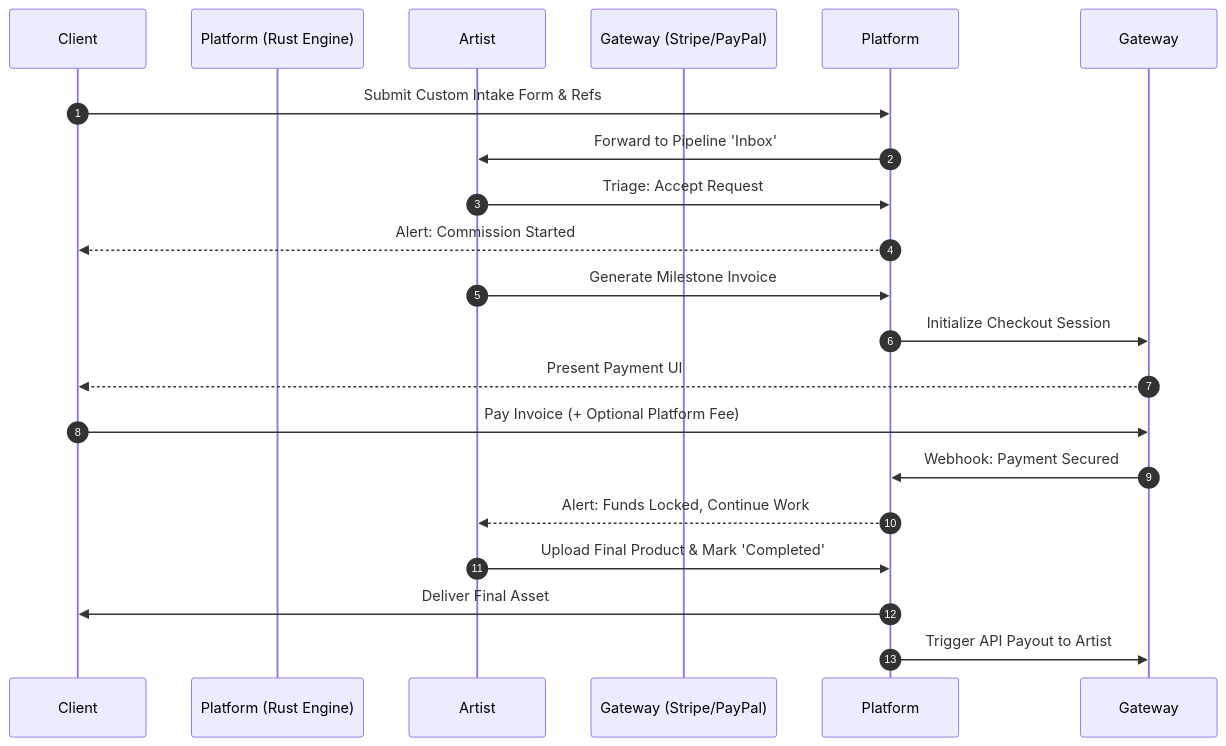
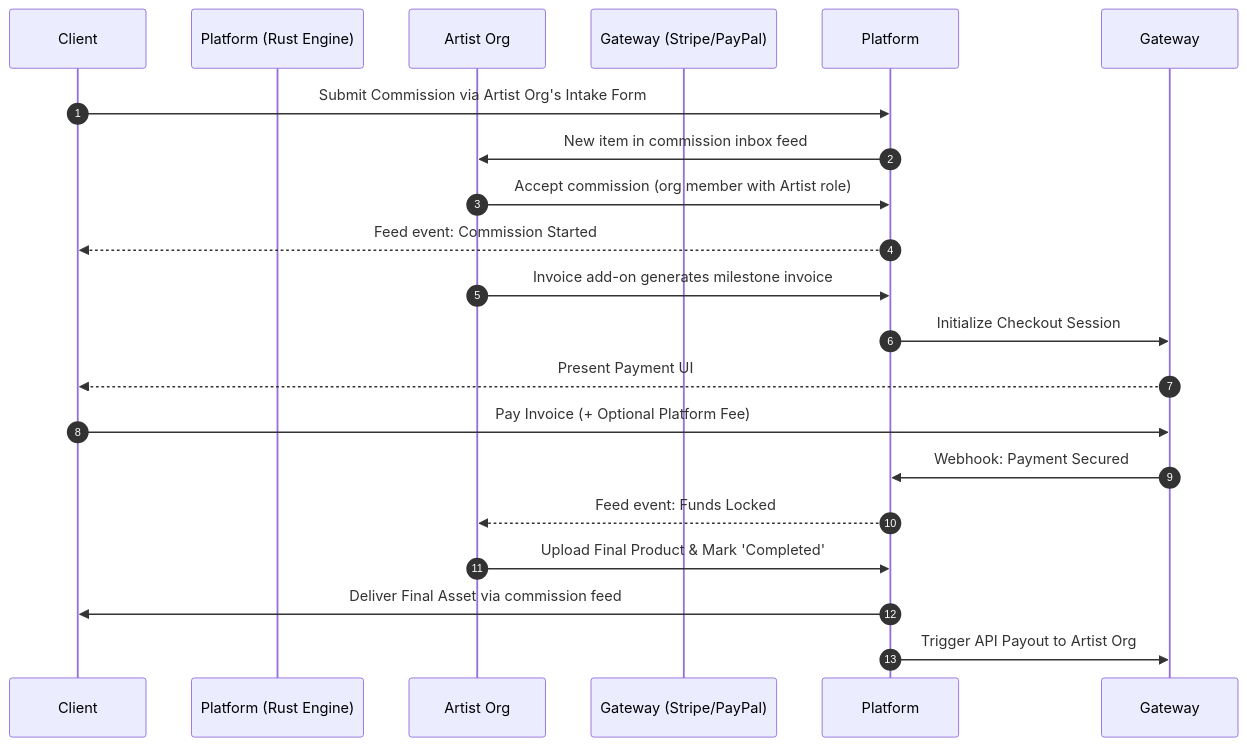
The seventh of 10 diagrams in design/design_document.md (ProgrammingCheetah/ZurFur), drawn with Mermaid before and after one commit. The commit also changed other lines of this file and 13 other files, not shown here.

First line of the commit message:
docs: revise design document and all feature specs for v2 architecture

````diff
--- a/design/design_document.md
+++ b/design/design_document.md
@@ -175,26 +470,26 @@
 ```mermaid
 sequenceDiagram
     autonumber
     participant Client
     participant Platform (Rust Engine)
-    participant Artist
+    participant Artist Org
     participant Gateway (Stripe/PayPal)
 
-    Client->>Platform: Submit Custom Intake Form & Refs
-    Platform->>Artist: Forward to Pipeline 'Inbox'
+    Client->>Platform: Submit Commission via Artist Org's Intake Form
+    Platform->>Artist Org: New item in commission inbox feed
 
-    Artist->>Platform: Triage: Accept Request
-    Platform-->>Client: Alert: Commission Started
+    Artist Org->>Platform: Accept commission (org member with Artist role)
+    Platform-->>Client: Feed event: Commission Started
 
-    Artist->>Platform: Generate Milestone Invoice
+    Artist Org->>Platform: Invoice add-on generates milestone invoice
     Platform->>Gateway: Initialize Checkout Session
     Gateway-->>Client: Present Payment UI
 
     Client->>Gateway: Pay Invoice (+ Optional Platform Fee)
     Gateway->>Platform: Webhook: Payment Secured
-    Platform-->>Artist: Alert: Funds Locked, Continue Work
+    Platform-->>Artist Org: Feed event: Funds Locked
 
-    Artist->>Platform: Upload Final Product & Mark 'Completed'
-    Platform->>Client: Deliver Final Asset
-    Platform->>Gateway: Trigger API Payout to Artist
+    Artist Org->>Platform: Upload Final Product & Mark 'Completed'
+    Platform->>Client: Deliver Final Asset via commission feed
+    Platform->>Gateway: Trigger API Payout to Artist Org
 ```
````
